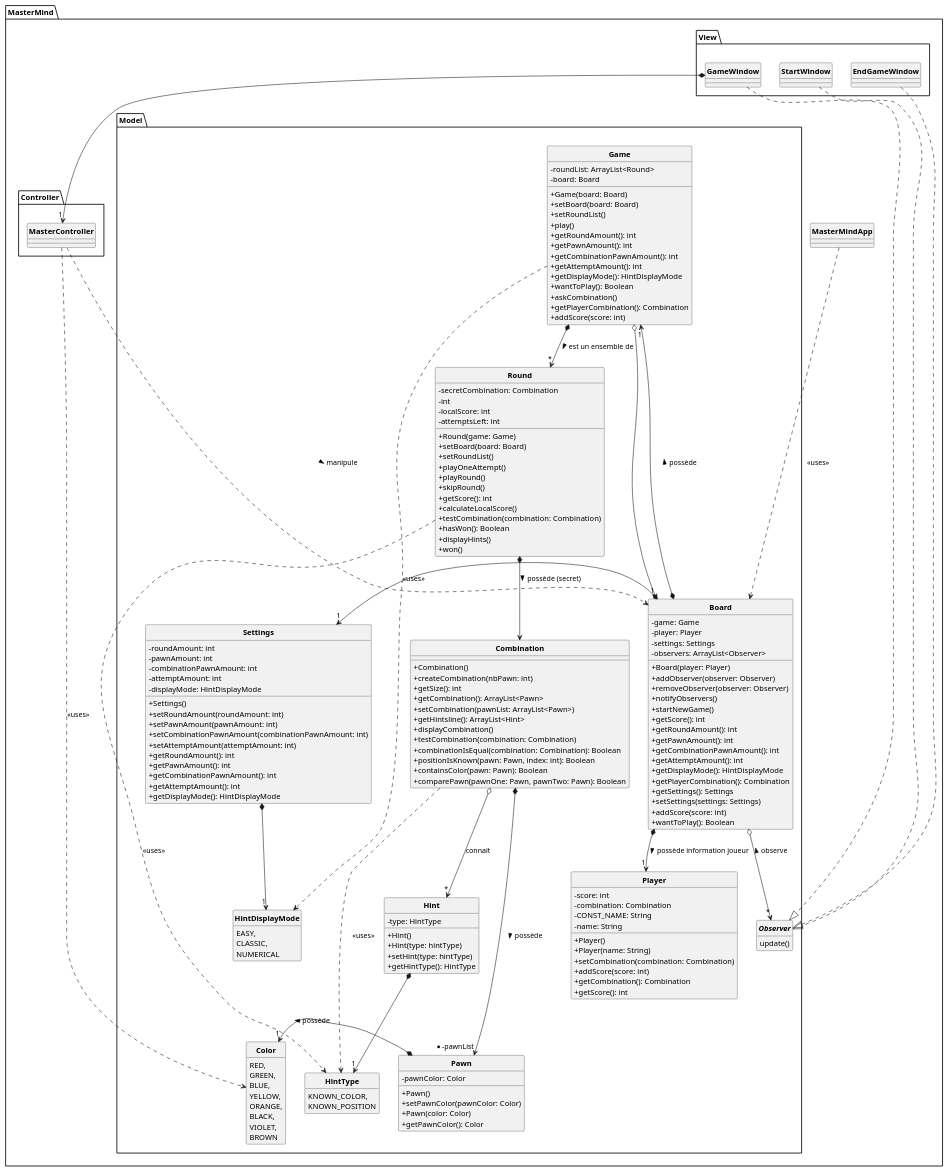
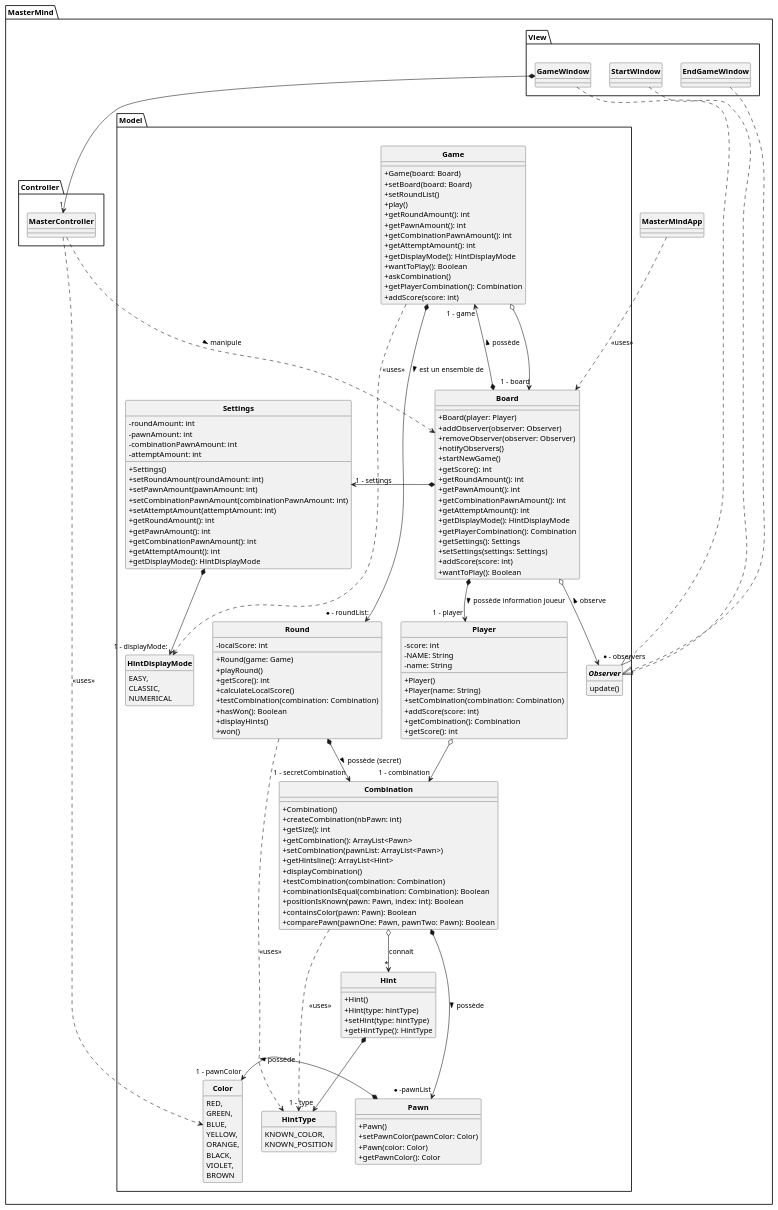
Before and after one commit to dbrunstein/a31-mastermind-java: the diagram in MasterMind/src/UML/MasterMind_6.puml, drawn with PlantUML.

Commit message:
uml 6 mis à jour

```diff
--- a/MasterMind/src/UML/MasterMind_6.puml
+++ b/MasterMind/src/UML/MasterMind_6.puml
@@ -15,10 +15,6 @@
         }
         package Model {
 class Board {
-    - game: Game
-    - player: Player
-    - settings: Settings
-    - observers: ArrayList<Observer>
 
     + Board(player: Player)
     + addObserver(observer: Observer)
@@ -43,7 +39,6 @@
     - pawnAmount: int
     - combinationPawnAmount: int
     - attemptAmount: int
-    - displayMode: HintDisplayMode
 
     + Settings()
     + setRoundAmount(roundAmount: int)
@@ -58,8 +53,6 @@
 }
 
 class Game {
-    - roundList: ArrayList<Round>
-    - board: Board
 
     + Game(board: Board)
     + setBoard(board: Board)
@@ -77,17 +70,9 @@
 }
 
 class Round {
-    - secretCombination: Combination
-    - int
     - localScore: int
-    - attemptsLeft: int
-
     + Round(game: Game)
-    + setBoard(board: Board)
-    + setRoundList()
-    + playOneAttempt()
     + playRound()
-    + skipRound()
     + getScore(): int
     + calculateLocalScore()
     + testCombination(combination: Combination)
@@ -98,8 +83,7 @@
 
 class Player {
     - score: int
-    - combination: Combination
-    - CONST_NAME: String
+    - NAME: String
     - name: String
 
     + Player()
@@ -111,7 +95,6 @@
 }
 
 class Combination {
-
     + Combination()
     + createCombination(nbPawn: int)
     + getSize(): int
@@ -127,8 +110,6 @@
 }
 
 class Hint {
-    - type: HintType
-
     + Hint()
     + Hint(type: hintType)
     + setHint(type: hintType)
@@ -139,7 +120,6 @@
     KNOWN_POSITION
 }
 class Pawn {
-    - pawnColor: Color
     + Pawn()
     + setPawnColor(pawnColor: Color)
     + Pawn(color: Color)
@@ -184,21 +164,22 @@
 EndGameWindow ...|> Observer
 '####MODEL####'
 Combination  *---> "* -pawnList" Pawn : > possède
-Pawn  *-> "1"Color : > possède
-Game  *--> "*"Round : > est un ensemble de
-Board  o--> "*"Observer : < observe
-Round *--> Combination : > possède (secret)
-Board  *---> "1" Game : > possède
-Board  *-> "1"Settings
-Settings  *--> "1"HintDisplayMode
-Board  *--> "1"Player : > possède information joueur
+Pawn  *-> "1 - pawnColor"Color : > possède
+Game  *--> "* - roundList:"Round : > est un ensemble de
+Board  o--> "* - observers"Observer : < observe
+Round *--> "1 - secretCombination"Combination : > possède (secret)
+Board  *-> "1 - settings"Settings
+Board  *---> "1 - game" Game : > possède
+Settings  *--> "1 - displayMode:"HintDisplayMode
+Board  *--> "1 - player"Player : > possède information joueur
 Combination  o--> "*"Hint : connait
-Hint  *--> "1" HintType
+Hint  *--> "1 - type" HintType
 Combination ...> HintType : <<uses>>
 Round ...> HintType : <<uses>>
 MasterController ...> Color : <<uses>>
 Game ...> HintDisplayMode : <<uses>>
-Game  o--> "1" Board
+Game  o--> "1 - board" Board
+Player o--> "1 - combination" Combination
 'retirer les arg non primitif + ajout si privé dans agregats et compo'
 '####CONTROLLER####'
 MasterController ...> Board : > manipule
```
